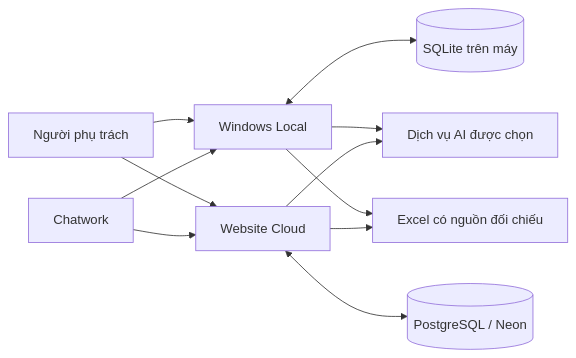
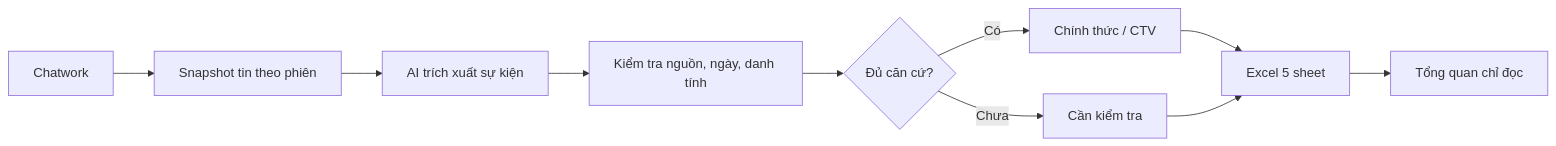
Before and after one commit to danggiakhanhgl2022-hash/AttendSift-AI: the diagram in README.md, drawn with Mermaid. The commit also changed other lines of this file and 9 other files, not shown here.

````diff
--- a/README.md
+++ b/README.md
@@ -126,13 +105,12 @@
 ```mermaid
 flowchart LR
-    H[Người phụ trách] --> L[Windows Local]
-    H --> W[Website Cloud]
-    C[Chatwork] --> L
-    C --> W
-    L <--> S[(SQLite trên máy)]
-    W <--> P[(PostgreSQL / Neon)]
-    L --> A[Dịch vụ AI được chọn]
-    W --> A
-    L --> E[Excel có nguồn đối chiếu]
-    W --> E
+    A[Chatwork] --> B[Snapshot tin theo phiên]
+    B --> C[AI trích xuất sự kiện]
+    C --> D[Kiểm tra nguồn, ngày, danh tính]
+    D --> E{Đủ căn cứ?}
+    E -->|Có| F[Chính thức / CTV]
+    E -->|Chưa| G[Cần kiểm tra]
+    F --> H[Excel 5 sheet]
+    G --> H
+    H --> I[Tổng quan chỉ đọc]
 ```
````
